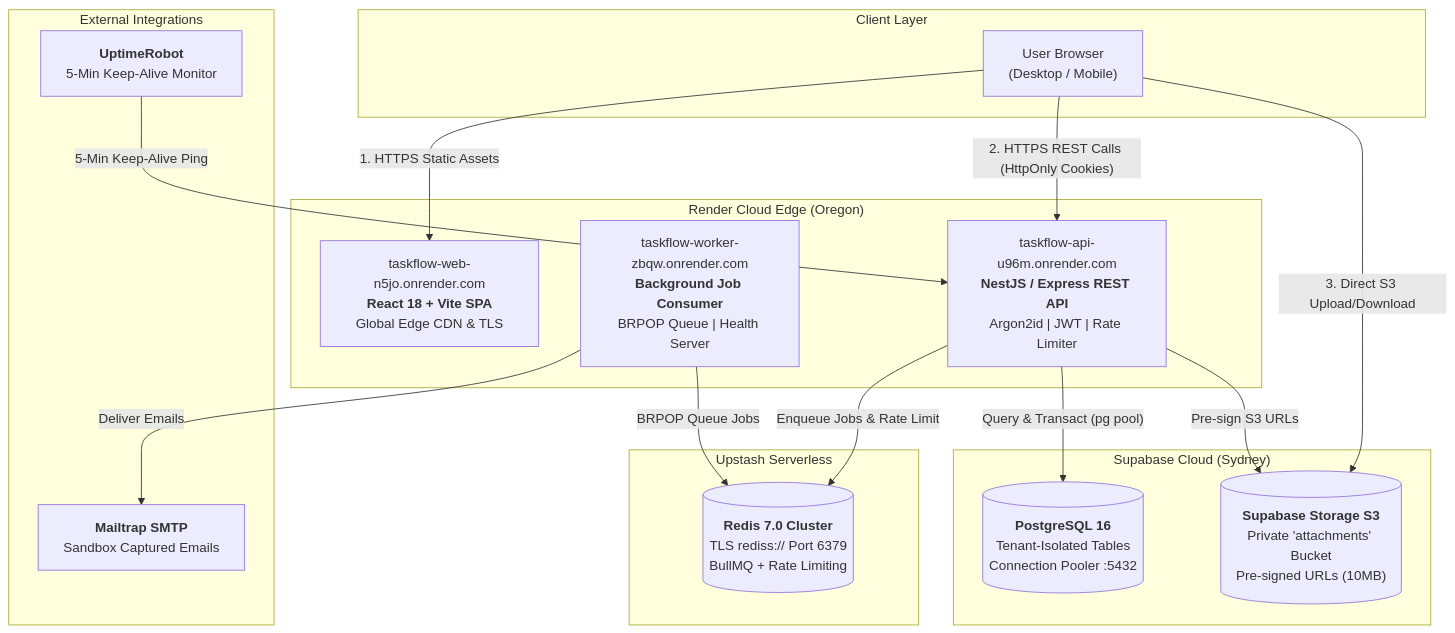
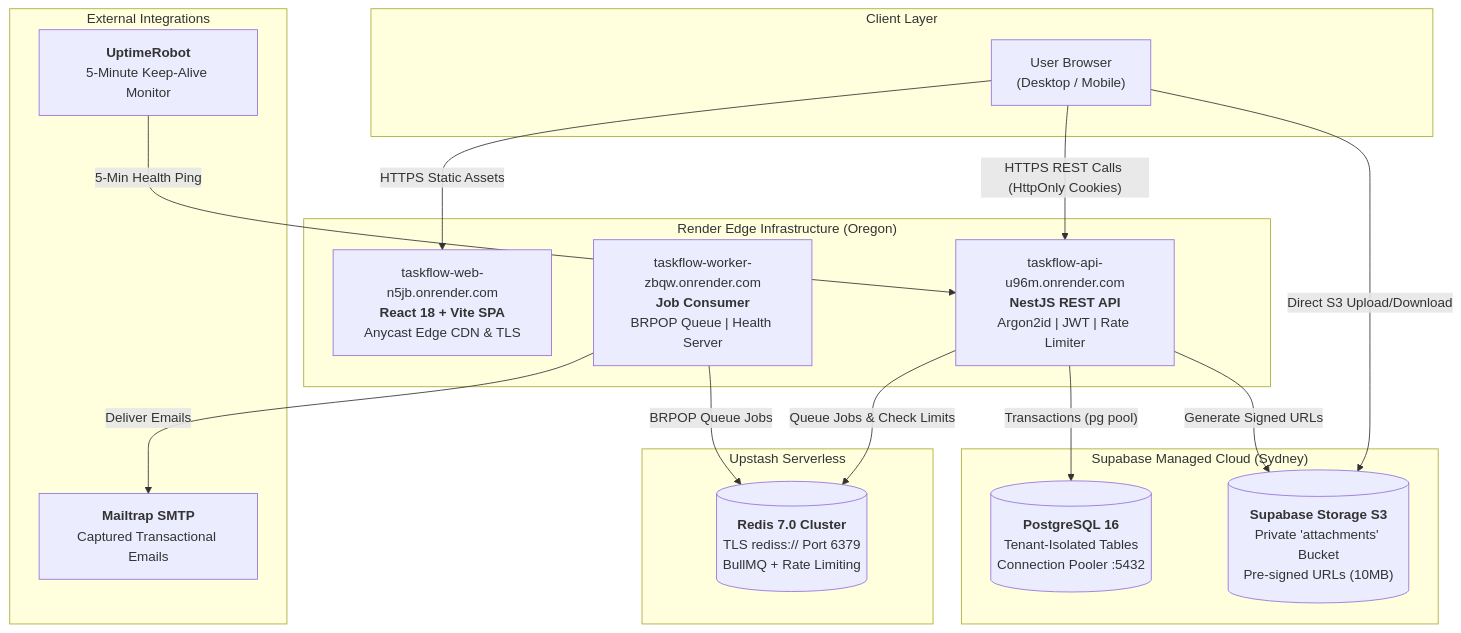
The diagram in README.md (sillibilli1/TaskFlow), drawn with Mermaid before and after one commit. The commit also changed other lines of this file and 3 other files, not shown here.

````diff
--- a/README.md
+++ b/README.md
@@ -26,36 +78,36 @@
 ```mermaid
 flowchart TB
     subgraph Clients["Client Layer"]
         Browser["User Browser<br/>(Desktop / Mobile)"]
     end
 
-    subgraph Render["Render Cloud Edge (Oregon)"]
-        WebSite["taskflow-web-n5jo.onrender.com<br/><b>React 18 + Vite SPA</b><br/>Global Edge CDN & TLS"]
-        APIService["taskflow-api-u96m.onrender.com<br/><b>NestJS / Express REST API</b><br/>Argon2id | JWT | Rate Limiter"]
-        WorkerService["taskflow-worker-zbqw.onrender.com<br/><b>Background Job Consumer</b><br/>BRPOP Queue | Health Server"]
+    subgraph Render["Render Edge Infrastructure (Oregon)"]
+        WebSite["taskflow-web-n5jb.onrender.com<br/><b>React 18 + Vite SPA</b><br/>Anycast Edge CDN & TLS"]
+        APIService["taskflow-api-u96m.onrender.com<br/><b>NestJS REST API</b><br/>Argon2id | JWT | Rate Limiter"]
+        WorkerService["taskflow-worker-zbqw.onrender.com<br/><b>Job Consumer</b><br/>BRPOP Queue | Health Server"]
     end
 
-    subgraph SupabaseCloud["Supabase Cloud (Sydney)"]
+    subgraph SupabaseCloud["Supabase Managed Cloud (Sydney)"]
         Postgres[("<b>PostgreSQL 16</b><br/>Tenant-Isolated Tables<br/>Connection Pooler :5432")]
         Storage[("<b>Supabase Storage S3</b><br/>Private 'attachments' Bucket<br/>Pre-signed URLs (10MB)")]
     end
 
     subgraph UpstashCloud["Upstash Serverless"]
         Redis[("<b>Redis 7.0 Cluster</b><br/>TLS rediss:// Port 6379<br/>BullMQ + Rate Limiting")]
     end
 
     subgraph External["External Integrations"]
-        Mailtrap["<b>Mailtrap SMTP</b><br/>Sandbox Captured Emails"]
-        UptimeRobot["<b>UptimeRobot</b><br/>5-Min Keep-Alive Monitor"]
+        Mailtrap["<b>Mailtrap SMTP</b><br/>Captured Transactional Emails"]
+        UptimeRobot["<b>UptimeRobot</b><br/>5-Minute Keep-Alive Monitor"]
     end
 
-    Browser -->|"1. HTTPS Static Assets"| WebSite
-    Browser -->|"2. HTTPS REST Calls (HttpOnly Cookies)"| APIService
-    Browser -->|"3. Direct S3 Upload/Download"| Storage
-    APIService -->|"Query & Transact (pg pool)"| Postgres
-    APIService -->|"Enqueue Jobs & Rate Limit"| Redis
-    APIService -->|"Pre-sign S3 URLs"| Storage
+    Browser -->|"HTTPS Static Assets"| WebSite
+    Browser -->|"HTTPS REST Calls (HttpOnly Cookies)"| APIService
+    Browser -->|"Direct S3 Upload/Download"| Storage
+    APIService -->|"Transactions (pg pool)"| Postgres
+    APIService -->|"Queue Jobs & Check Limits"| Redis
+    APIService -->|"Generate Signed URLs"| Storage
     WorkerService -->|"BRPOP Queue Jobs"| Redis
     WorkerService -->|"Deliver Emails"| Mailtrap
-    UptimeRobot -->|"5-Min Keep-Alive Ping"| APIService
+    UptimeRobot -->|"5-Min Health Ping"| APIService
 ```
````
